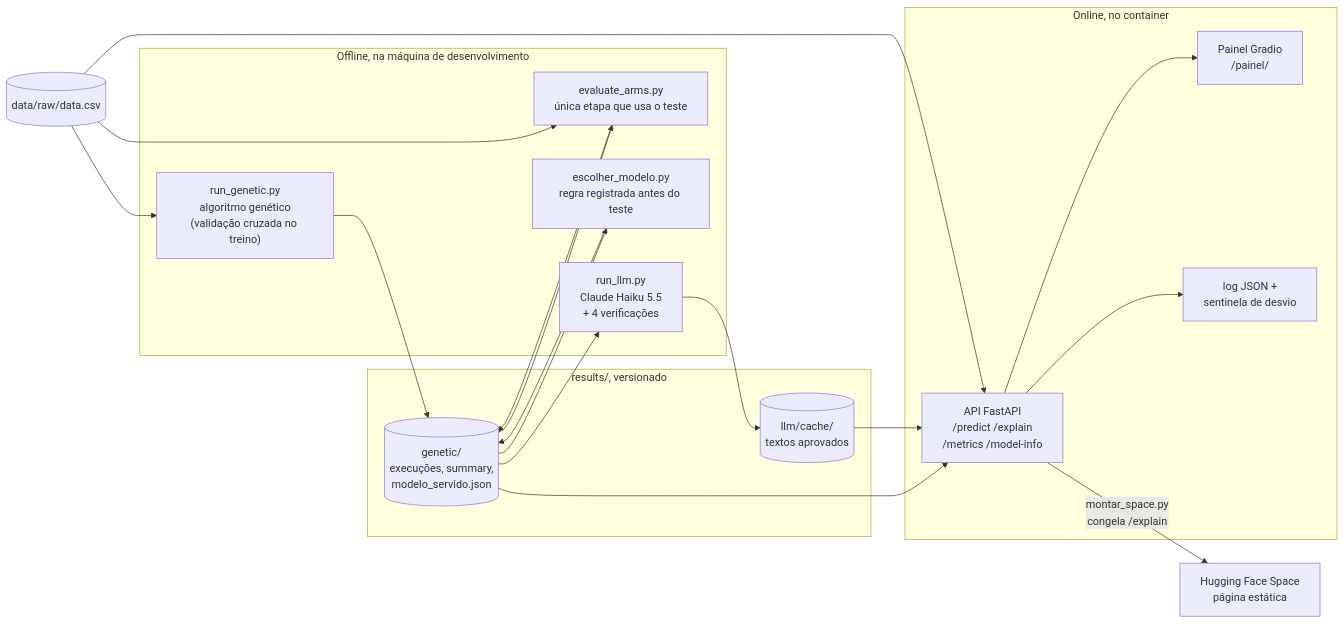
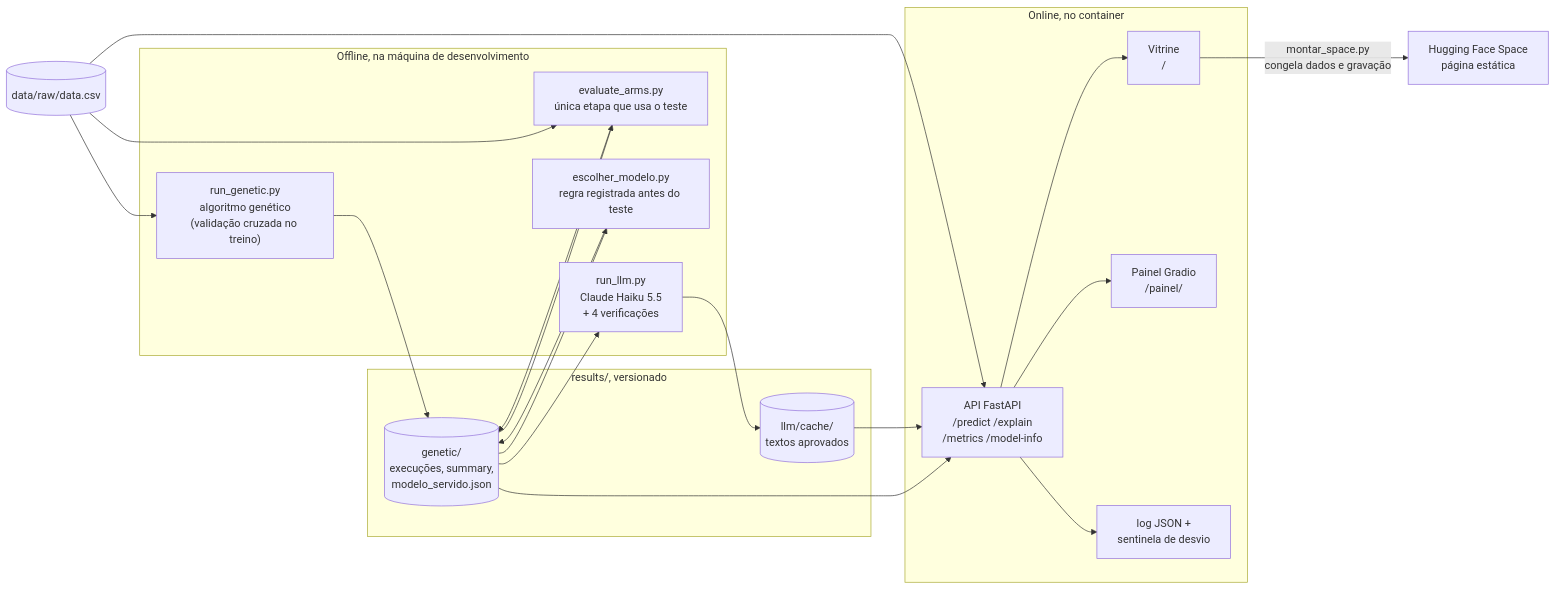
One commit to gustavofks/ML-breast-cancer changed the diagram in README.md. Above: the diagram before and after it, drawn with Mermaid. The commit also changed other lines of this file, not shown here.

````diff
--- a/README.md
+++ b/README.md
@@ -227,36 +228,38 @@
 ```mermaid
 flowchart LR
     base[(data/raw/data.csv)]
 
     subgraph offline["Offline, na máquina de desenvolvimento"]
         ag["run_genetic.py<br/>algoritmo genético<br/>(validação cruzada no treino)"]
         av["evaluate_arms.py<br/>única etapa que usa o teste"]
         esc["escolher_modelo.py<br/>regra registrada antes do teste"]
         llm["run_llm.py<br/>Claude Haiku 5.5<br/>+ 4 verificações"]
     end
 
     subgraph artefatos["results/, versionado"]
         gen[(genetic/<br/>execuções, summary,<br/>modelo_servido.json)]
         cache[(llm/cache/<br/>textos aprovados)]
     end
 
     subgraph online["Online, no container"]
         api["API FastAPI<br/>/predict /explain<br/>/metrics /model-info"]
+        vitrine["Vitrine<br/>/"]
         painel["Painel Gradio<br/>/painel/"]
         mon["log JSON +<br/>sentinela de desvio"]
     end
 
     space["Hugging Face Space<br/>página estática"]
 
     base --> ag --> gen
     base --> av
     gen --> av --> gen
     gen --> esc --> gen
     gen --> llm --> cache
     gen --> api
     cache --> api
     base --> api
+    api --> vitrine
     api --> painel
     api --> mon
-    api -- "montar_space.py<br/>congela /explain" --> space
+    vitrine -- "montar_space.py<br/>congela dados e gravação" --> space
 ```
````
